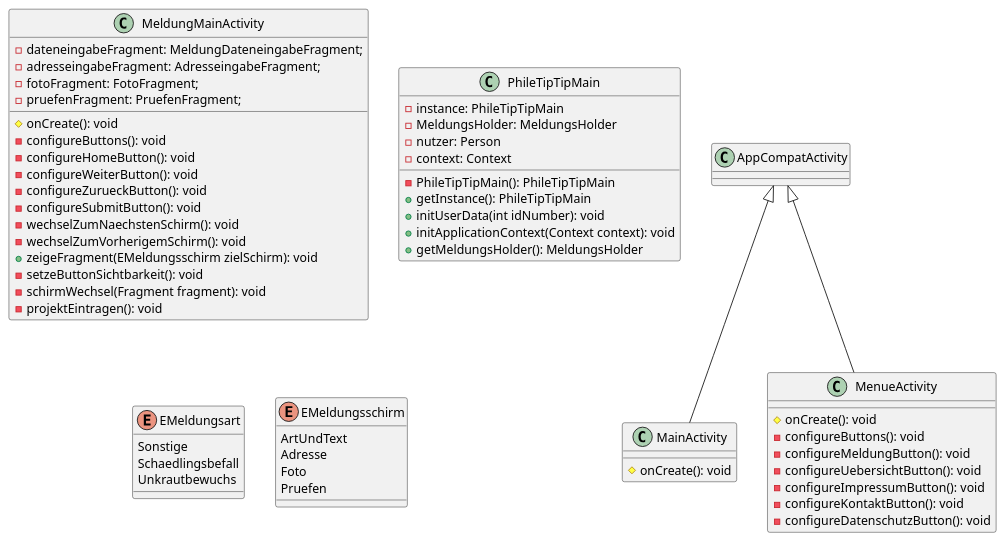
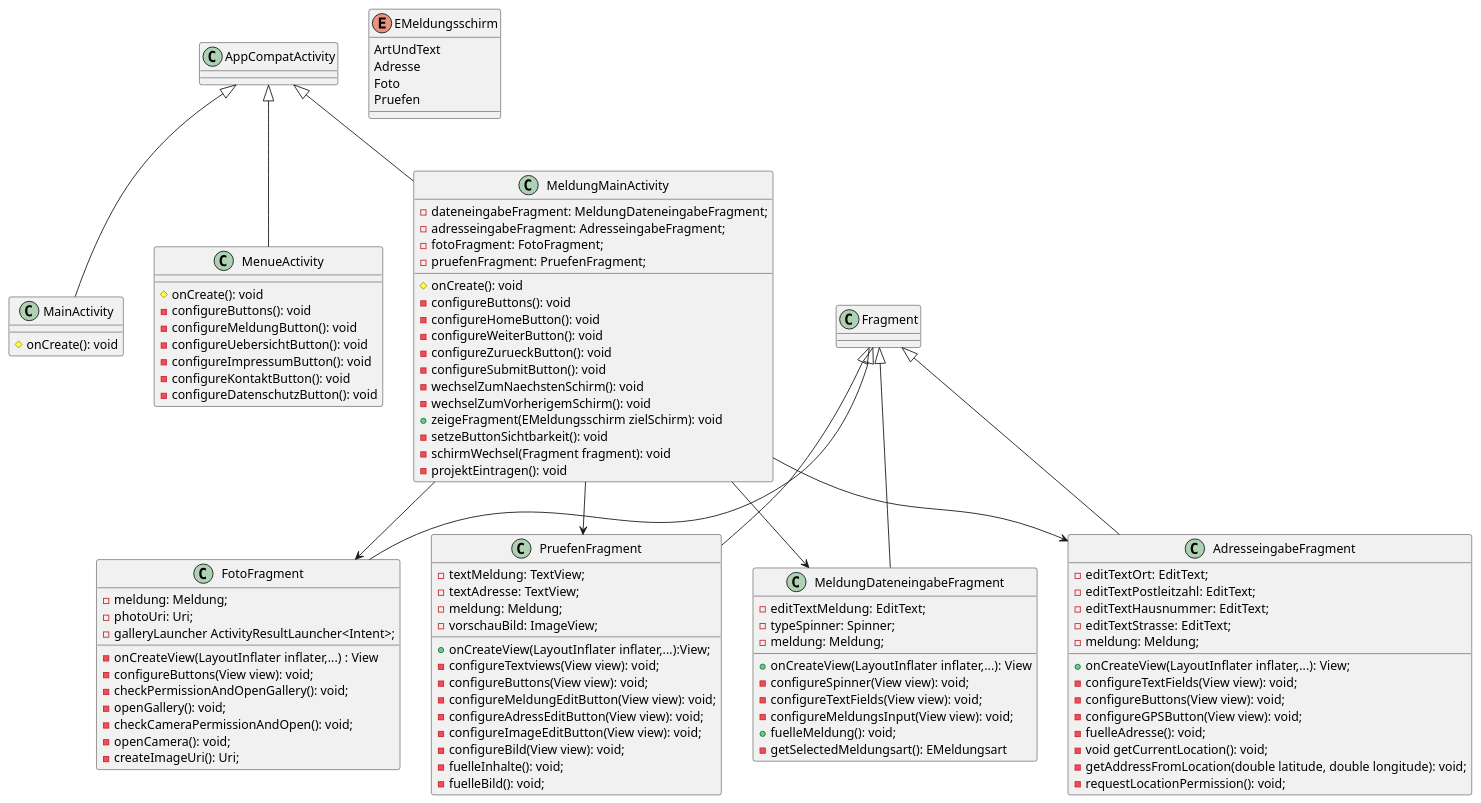
One commit to MCHDevelopment/PhileTipTip changed the diagram in app/model_gesamt.puml. Above: the diagram before and after it, drawn with PlantUML. The commit also changed 3 other files, not shown here.

Commit message:
Angepasste Klassendiagramme

```diff
--- a/app/model_gesamt.puml
+++ b/app/model_gesamt.puml
@@ -1,67 +1,113 @@
 @startuml
 'https://plantuml.com/class-diagram
 
 class MainActivity{
 #onCreate(): void
 }
 
 class MenueActivity{
 #onCreate(): void
 -configureButtons(): void
 -configureMeldungButton(): void
 -configureUebersichtButton(): void
 -configureImpressumButton(): void
 -configureKontaktButton(): void
 -configureDatenschutzButton(): void
 }
 
 class MeldungMainActivity{
 -dateneingabeFragment: MeldungDateneingabeFragment;
 -adresseingabeFragment: AdresseingabeFragment;
 -fotoFragment: FotoFragment;
 -pruefenFragment: PruefenFragment;
 
 #onCreate(): void
 -configureButtons(): void
 -configureHomeButton(): void
 -configureWeiterButton(): void
 -configureZurueckButton(): void
 -configureSubmitButton(): void
 -wechselZumNaechstenSchirm(): void
 -wechselZumVorherigemSchirm(): void
 +zeigeFragment(EMeldungsschirm zielSchirm): void
 -setzeButtonSichtbarkeit(): void
 -schirmWechsel(Fragment fragment): void
 -projektEintragen(): void
 }
-
-class PhileTipTipMain{
--instance: PhileTipTipMain
--MeldungsHolder: MeldungsHolder
--nutzer: Person
--context: Context
-
--PhileTipTipMain(): PhileTipTipMain
-+getInstance(): PhileTipTipMain
-+initUserData(int idNumber): void
-+initApplicationContext(Context context): void
-+getMeldungsHolder(): MeldungsHolder
+class MeldungDateneingabeFragment{
+-editTextMeldung: EditText;
+-typeSpinner: Spinner;
+-meldung: Meldung;
++onCreateView(LayoutInflater inflater,...): View
+-configureSpinner(View view): void;
+-configureTextFields(View view): void;
+-configureMeldungsInput(View view): void;
++fuelleMeldung(): void;
+-getSelectedMeldungsart(): EMeldungsart
 }
 
-class MainActivity extends AppCompatActivity
-class MenueActivity extends AppCompatActivity
+class AdresseingabeFragment{
+-editTextOrt: EditText;
+-editTextPostleitzahl: EditText;
+-editTextHausnummer: EditText;
+-editTextStrasse: EditText;
+-meldung: Meldung;
++onCreateView(LayoutInflater inflater,...): View;
+-configureTextFields(View view): void;
+-configureButtons(View view): void;
+-configureGPSButton(View view): void;
+-fuelleAdresse(): void;
+-void getCurrentLocation(): void;
+-getAddressFromLocation(double latitude, double longitude): void;
+-requestLocationPermission(): void;
+}
 
-
-enum EMeldungsart {
-Sonstige
-Schaedlingsbefall
-Unkrautbewuchs
+class FotoFragment{
+-meldung: Meldung;
+-photoUri: Uri;
+-galleryLauncher ActivityResultLauncher<Intent>;
+-onCreateView(LayoutInflater inflater,...) : View
+-configureButtons(View view): void;
+-checkPermissionAndOpenGallery(): void;
+-openGallery(): void;
+-checkCameraPermissionAndOpen(): void;
+-openCamera(): void;
+-createImageUri(): Uri;
 }
 
 enum EMeldungsschirm {
 ArtUndText
 Adresse
 Foto
 Pruefen
 }
+
+class PruefenFragment{
+-textMeldung: TextView;
+-textAdresse: TextView;
+-meldung: Meldung;
+-vorschauBild: ImageView;
++onCreateView(LayoutInflater inflater,...):View;
+-configureTextviews(View view): void;
+-configureButtons(View view): void;
+-configureMeldungEditButton(View view): void;
+-configureAdressEditButton(View view): void;
+-configureImageEditButton(View view): void;
+-configureBild(View view): void;
+-fuelleInhalte(): void;
+-fuelleBild(): void;
+}
+
+class MainActivity extends AppCompatActivity
+class MenueActivity extends AppCompatActivity
+class MeldungMainActivity extends AppCompatActivity
+class MeldungDateneingabeFragment extends Fragment
+class AdresseingabeFragment extends Fragment
+class FotoFragment extends Fragment
+class PruefenFragment extends Fragment
+
+MeldungMainActivity --> MeldungDateneingabeFragment
+MeldungMainActivity --> AdresseingabeFragment
+MeldungMainActivity --> FotoFragment
+MeldungMainActivity --> PruefenFragment
 @enduml
```
